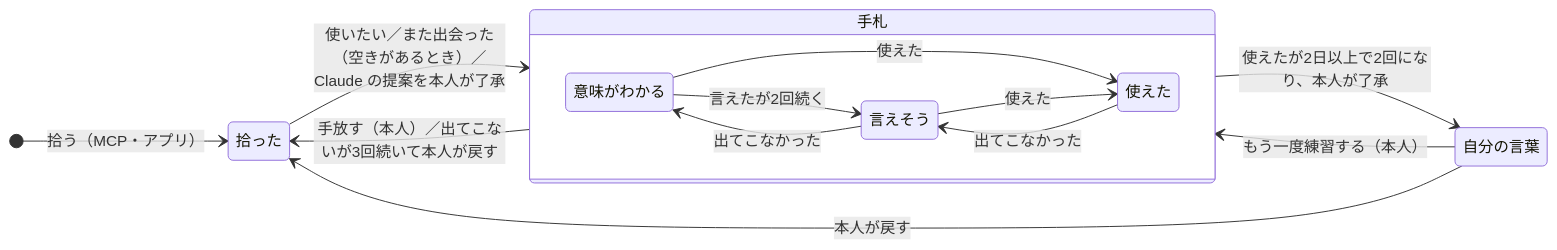
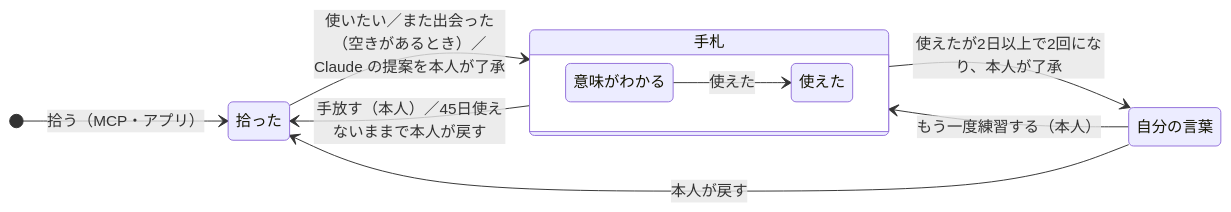
One commit to ykitaza/health-log changed the first of 2 diagrams in docs/words-design.md. Above: the diagram before and after it, drawn with Mermaid. The commit also changed other lines of this file and 81 other files, not shown here.

````diff
--- a/docs/words-design.md
+++ b/docs/words-design.md
@@ -214,18 +247,14 @@
 ```mermaid
 stateDiagram-v2
     direction LR
     [*] --> 拾った: 拾う（MCP・アプリ）
     拾った --> 手札: 使いたい／また出会った（空きがあるとき）／Claude の提案を本人が了承
     state 手札 {
         direction LR
-        意味がわかる --> 言えそう: 言えたが2回続く
-        言えそう --> 意味がわかる: 出てこなかった
         意味がわかる --> 使えた: 使えた
-        言えそう --> 使えた: 使えた
-        使えた --> 言えそう: 出てこなかった
     }
-    手札 --> 拾った: 手放す（本人）／出てこないが3回続いて本人が戻す
+    手札 --> 拾った: 手放す（本人）／45日使えないままで本人が戻す
     手札 --> 自分の言葉: 使えたが2日以上で2回になり、本人が了承
     自分の言葉 --> 手札: もう一度練習する（本人）
     自分の言葉 --> 拾った: 本人が戻す
 ```
````
